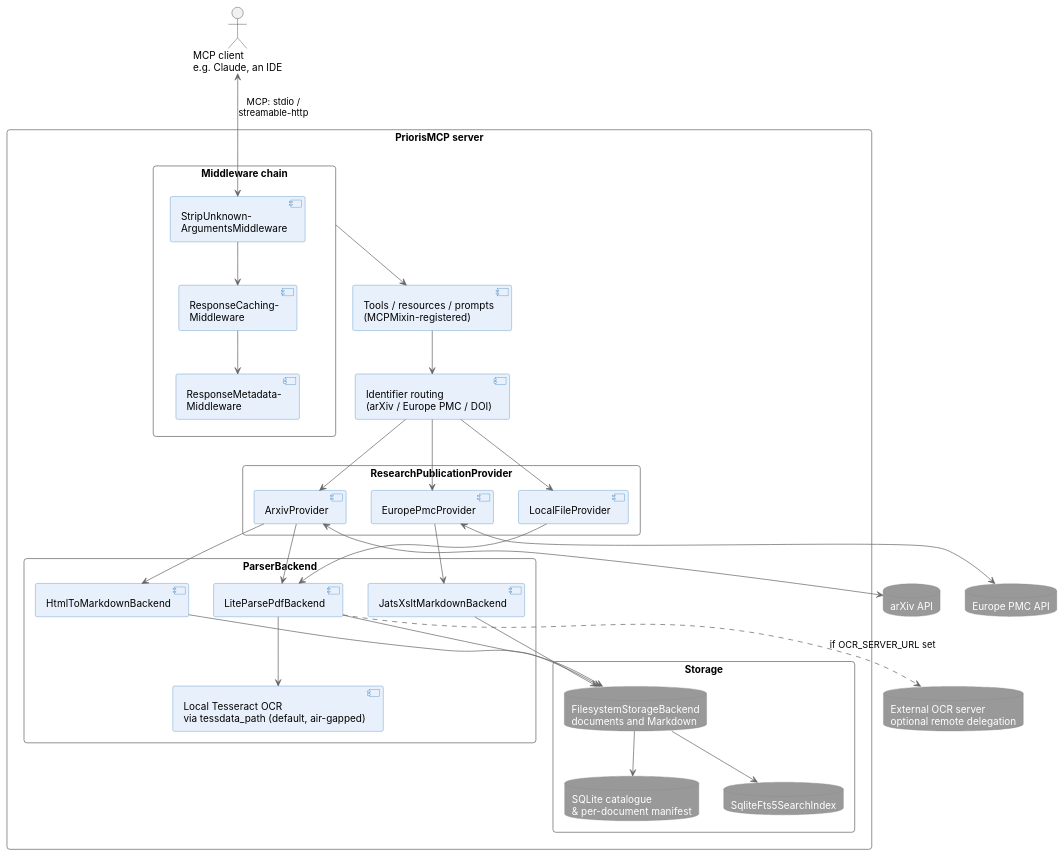
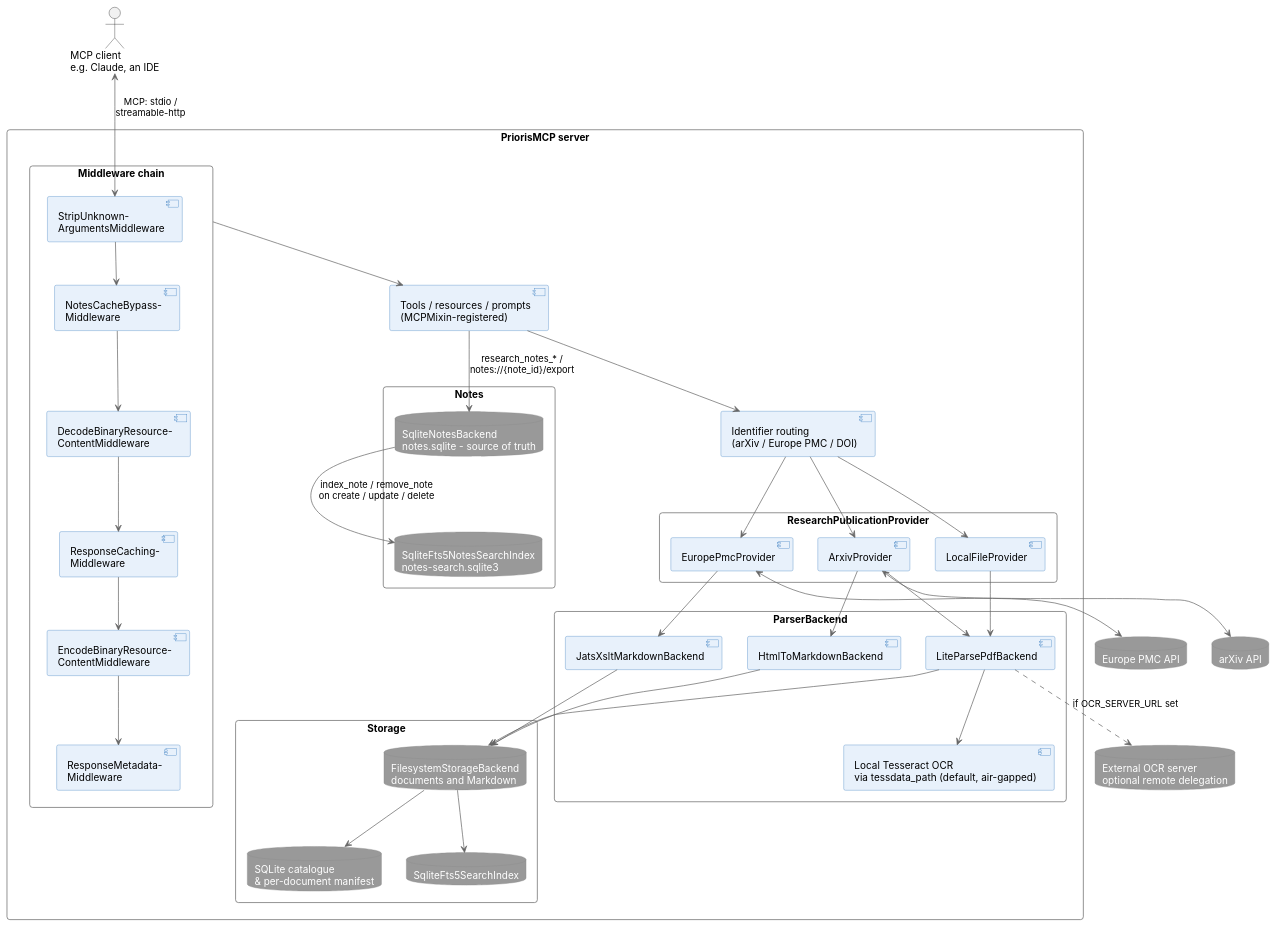
Before and after one commit to anirbanbasu/prioris-mcp: the diagram in diagrams/system-architecture-overview-detailed.puml, drawn with PlantUML. The commit also changed 39 other files, not shown here.

First line of the commit message:
Add server-side NotesBackend: notes CRUD/search tools and export resource (#30)

```diff
--- a/diagrams/system-architecture-overview-detailed.puml
+++ b/diagrams/system-architecture-overview-detailed.puml
@@ -1,81 +1,94 @@
 @startuml system-architecture-overview-detailed
 skinparam defaultFontName "Inter"
 skinparam backgroundColor white
 skinparam rectangle {
     RoundCorner 8
     BackgroundColor White
     BorderColor #666666
 }
 skinparam component {
     BackgroundColor #E8F1FB
     BorderColor #3C7FC0
 }
 skinparam database {
     BackgroundColor #999999
     BorderColor #8A8A8A
     FontColor White
 }
 skinparam arrow {
     Color #666666
 }
 
 actor "MCP client\ne.g. Claude, an IDE" as Client
 
 rectangle "PriorisMCP server" as PriorisMCP {
     rectangle "Middleware chain" as MW {
         component "StripUnknown-\nArgumentsMiddleware" as MW1
-        component "ResponseCaching-\nMiddleware" as MW2
-        component "ResponseMetadata-\nMiddleware" as MW3
+        component "NotesCacheBypass-\nMiddleware" as MW2
+        component "DecodeBinaryResource-\nContentMiddleware" as MW3
+        component "ResponseCaching-\nMiddleware" as MW4
+        component "EncodeBinaryResource-\nContentMiddleware" as MW5
+        component "ResponseMetadata-\nMiddleware" as MW6
         MW1 --> MW2
         MW2 --> MW3
+        MW3 --> MW4
+        MW4 --> MW5
+        MW5 --> MW6
     }
 
     component "Tools / resources / prompts\n(MCPMixin-registered)" as Core
     component "Identifier routing\n(arXiv / Europe PMC / DOI)" as Router
 
     rectangle "ResearchPublicationProvider" as Providers {
         component "ArxivProvider" as Arxiv
         component "EuropePmcProvider" as EuropePmc
         component "LocalFileProvider" as LocalFile
     }
 
     rectangle "ParserBackend" as Parsers {
         component "LiteParsePdfBackend" as Pdf
         component "HtmlToMarkdownBackend" as Html
         component "JatsXsltMarkdownBackend" as Jats
         component "Local Tesseract OCR\nvia tessdata_path (default, air-gapped)" as Tesseract
     }
 
     rectangle "Storage" as Storage {
         database "FilesystemStorageBackend\ndocuments and Markdown" as FS
         database "SQLite catalogue\n& per-document manifest" as Catalogue
         database "SqliteFts5SearchIndex" as Search
     }
 
+    rectangle "Notes" as Notes {
+        database "SqliteNotesBackend\nnotes.sqlite - source of truth" as NotesDb
+        database "SqliteFts5NotesSearchIndex\nnotes-search.sqlite3" as NotesSearch
+    }
+
     MW --> Core
     Core --> Router
+    Core --> NotesDb : research_notes_* /\nnotes://{note_id}/export
     Router --> Arxiv
     Router --> EuropePmc
     Router --> LocalFile
     Arxiv --> Pdf
     Arxiv --> Html
     EuropePmc --> Jats
     LocalFile --> Pdf
     Pdf --> Tesseract
     Pdf --> FS
     Html --> FS
     Jats --> FS
     FS --> Catalogue
     FS --> Search
+    NotesDb --> NotesSearch : index_note / remove_note\non create / update / delete
 }
 
 database "arXiv API" as ArxivApi
 database "Europe PMC API" as EuropePmcApi
 database "External OCR server\noptional remote delegation" as OcrServer
 
 Client <--> MW1 : MCP: stdio /\nstreamable-http
 Arxiv <--> ArxivApi
 EuropePmc <--> EuropePmcApi
 Pdf ..> OcrServer : if OCR_SERVER_URL set
 
 @enduml
```
